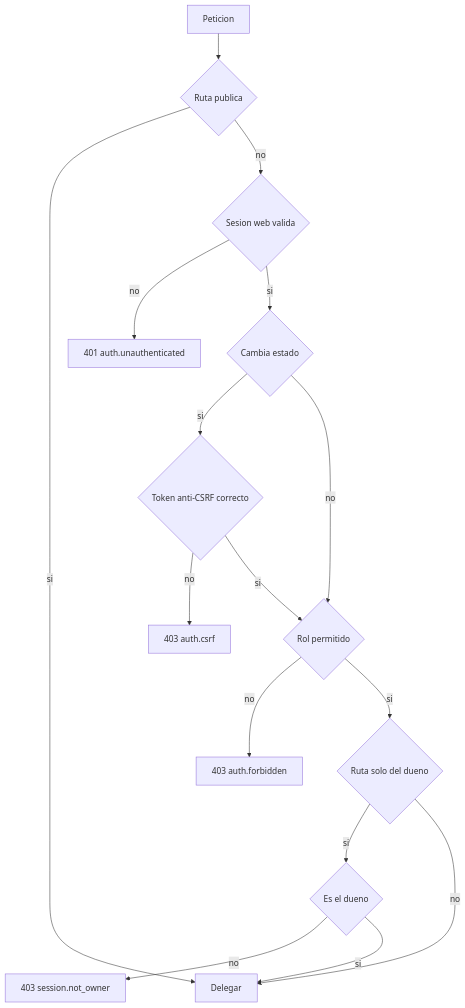
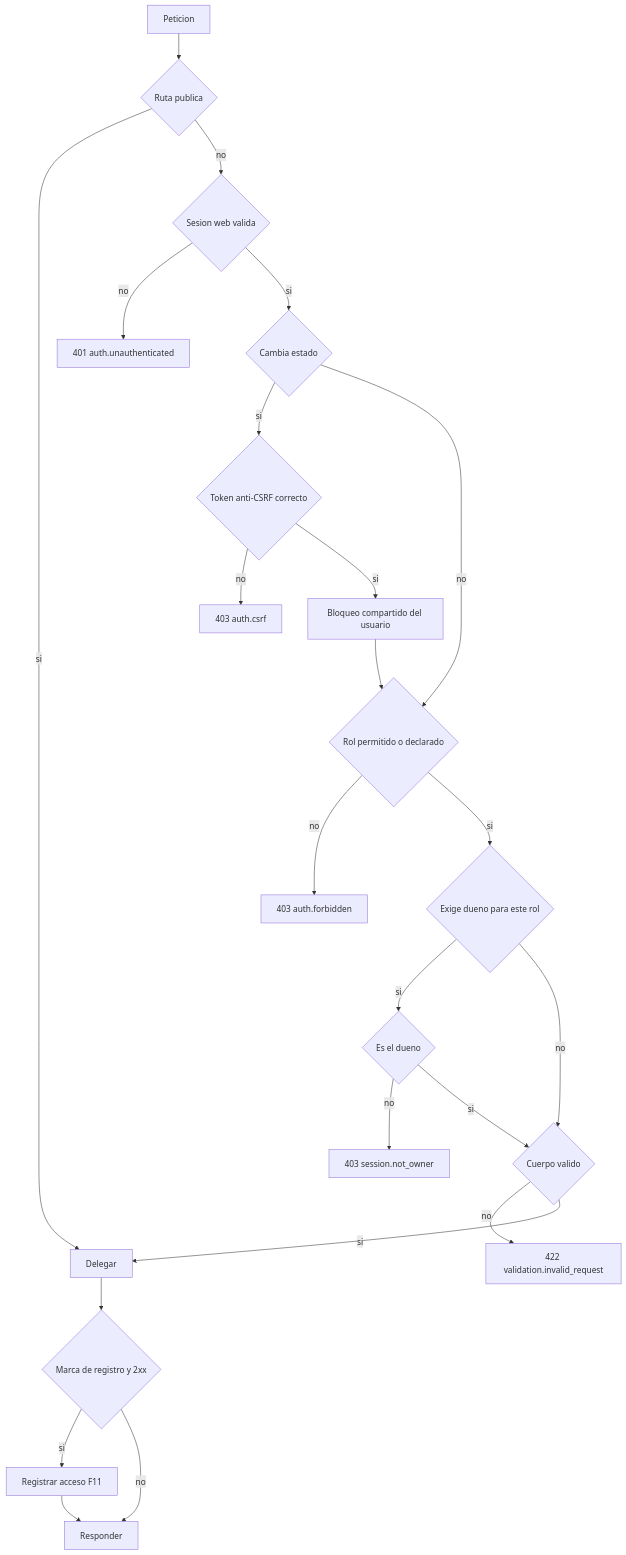
One commit to freyesJaveriana/tai changed the first of 4 diagrams in aidlc/spaces/default/intents/261002-veridicus-mvp/construction/identity-access/functional-design/functional-spec.md. Above: the diagram before and after it, drawn with Mermaid. The commit also changed other lines of this file and 10 other files, not shown here.

````diff
--- a/aidlc/spaces/default/intents/261002-veridicus-mvp/construction/identity-access/functional-design/functional-spec.md
+++ b/aidlc/spaces/default/intents/261002-veridicus-mvp/construction/identity-access/functional-design/functional-spec.md
@@ -53,18 +124,25 @@
 ```mermaid
 flowchart TD
   A[Peticion] --> B{Ruta publica}
   B -- si --> Z[Delegar]
   B -- no --> C{Sesion web valida}
   C -- no --> R401[401 auth.unauthenticated]
   C -- si --> D{Cambia estado}
   D -- si --> E{Token anti-CSRF correcto}
   E -- no --> R403c[403 auth.csrf]
-  E -- si --> F{Rol permitido}
+  E -- si --> L[Bloqueo compartido del usuario]
+  L --> F{Rol permitido o declarado}
   D -- no --> F
   F -- no --> R403r[403 auth.forbidden]
-  F -- si --> G{Ruta solo del dueno}
+  F -- si --> G{Exige dueno para este rol}
   G -- si --> H{Es el dueno}
   H -- no --> R403o[403 session.not_owner]
-  H -- si --> Z
-  G -- no --> Z
+  H -- si --> V{Cuerpo valido}
+  G -- no --> V
+  V -- no --> R422[422 validation.invalid_request]
+  V -- si --> Z
+  Z --> M{Marca de registro y 2xx}
+  M -- si --> AL[Registrar acceso F11]
+  M -- no --> OUT[Responder]
+  AL --> OUT
 ```
````
